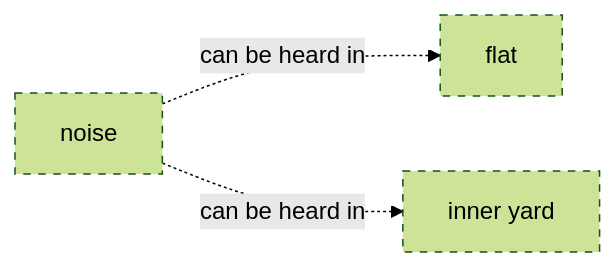
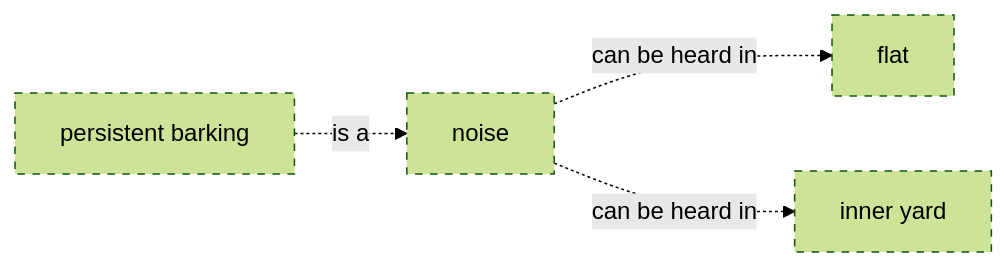
One commit to belaboros/DomainAiAssistant changed diagram 44 of 57 in data/ontology-pets-and-house-rules/03_release/00_raw/level-2.md. Above: the diagram before and after it, drawn with Mermaid (forest theme). The commit also changed other lines of this file and 16 other files, not shown here.

First line of the commit message:
T39 (spec 0002): level diagrams near 16:9, is-a edges in relation diagrams

````diff
--- a/data/ontology-pets-and-house-rules/03_release/00_raw/level-2.md
+++ b/data/ontology-pets-and-house-rules/03_release/00_raw/level-2.md
@@ -712,10 +758,12 @@
 ```mermaid
 flowchart LR
     classDef draft stroke-dasharray: 5 5
     cn_01M82GKFJ96730WAHGQQD3M95G["flat"]
     cn_01M82H7HBZP5REB8E6N9M29JTP["inner yard"]
     cn_01M82H83Q82K5CKBRM346N8337["noise"]
+    cn_01M82H83Q82K5CKBRM346N8338["persistent barking"]
     cn_01M82H83Q82K5CKBRM346N8337 -. "can be heard in" .-> cn_01M82GKFJ96730WAHGQQD3M95G
     cn_01M82H83Q82K5CKBRM346N8337 -. "can be heard in" .-> cn_01M82H7HBZP5REB8E6N9M29JTP
-    class cn_01M82GKFJ96730WAHGQQD3M95G,cn_01M82H7HBZP5REB8E6N9M29JTP,cn_01M82H83Q82K5CKBRM346N8337 draft
+    cn_01M82H83Q82K5CKBRM346N8338 -. "is a" .-> cn_01M82H83Q82K5CKBRM346N8337
+    class cn_01M82GKFJ96730WAHGQQD3M95G,cn_01M82H7HBZP5REB8E6N9M29JTP,cn_01M82H83Q82K5CKBRM346N8337,cn_01M82H83Q82K5CKBRM346N8338 draft
 ```
````
